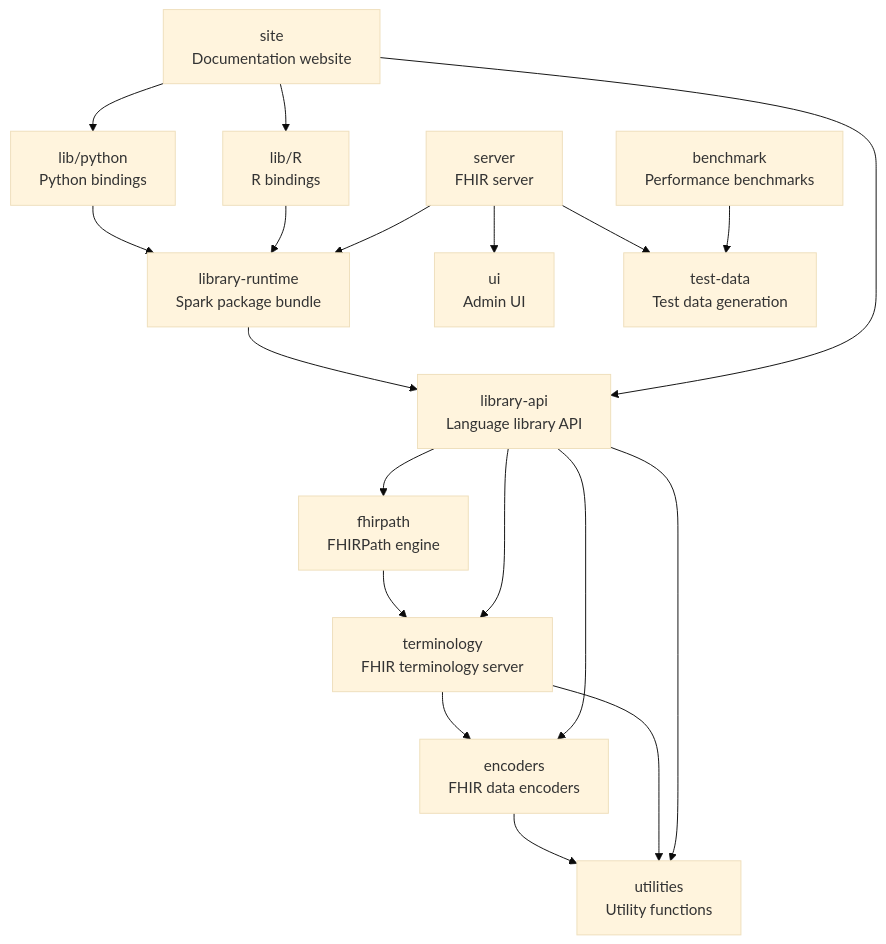
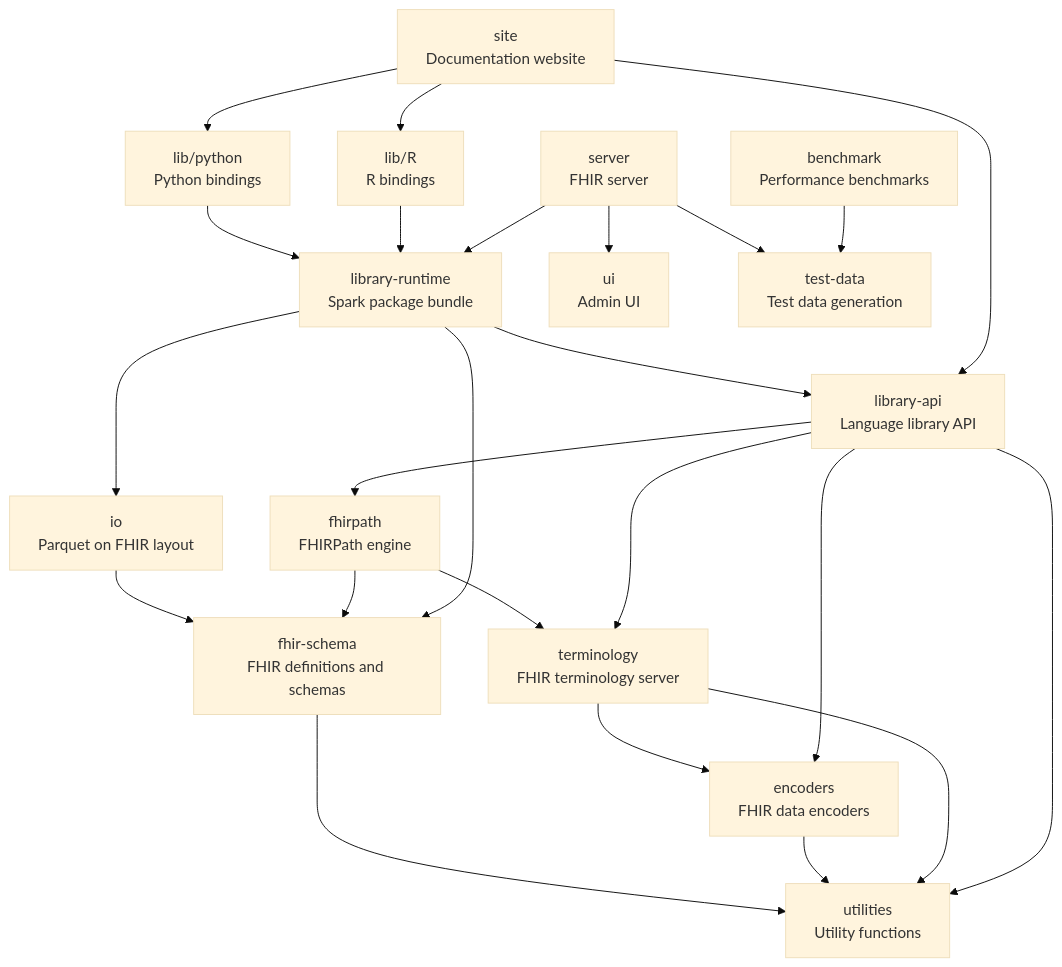
One commit to aehrc/pathling changed the diagram in CONTRIBUTING.md. Above: the diagram before and after it, drawn with Mermaid (base theme). The commit also changed other lines of this file and 2 other files, not shown here.

First line of the commit message:
docs: Document the fhir-schema and io modules among the core libraries

````diff
--- a/CONTRIBUTING.md
+++ b/CONTRIBUTING.md
@@ -48,35 +55,42 @@
 ```mermaid
 graph TD
     utilities[utilities<br/>Utility functions]
+    fhir-schema[fhir-schema<br/>FHIR definitions and schemas]
     encoders[encoders<br/>FHIR data encoders]
+    io[io<br/>Parquet on FHIR layout]
     terminology[terminology<br/>FHIR terminology server]
     fhirpath[fhirpath<br/>FHIRPath engine]
     library-api[library-api<br/>Language library API]
     library-runtime[library-runtime<br/>Spark package bundle]
     python[lib/python<br/>Python bindings]
     r[lib/R<br/>R bindings]
     site[site<br/>Documentation website]
     benchmark[benchmark<br/>Performance benchmarks]
     server[server<br/>FHIR server]
     ui[ui<br/>Admin UI]
     test-data[test-data<br/>Test data generation]
 
+    fhir-schema --> utilities
     encoders --> utilities
+    io --> fhir-schema
     terminology --> utilities
     terminology --> encoders
     fhirpath --> terminology
+    fhirpath --> fhir-schema
     library-api --> utilities
     library-api --> encoders
     library-api --> terminology
     library-api --> fhirpath
     library-runtime --> library-api
+    library-runtime --> fhir-schema
+    library-runtime --> io
     python --> library-runtime
     r --> library-runtime
     server --> library-runtime
     server --> test-data
     server --> ui
     site --> library-api
     site --> python
     site --> r
     benchmark --> test-data
 ```
````
